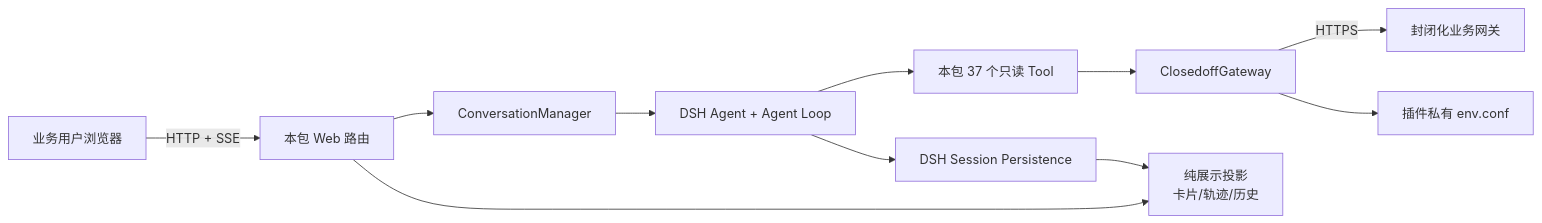
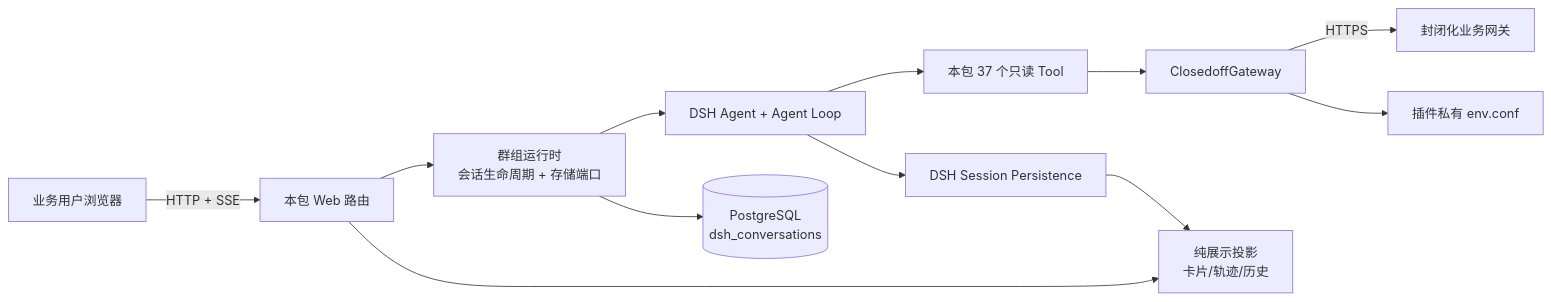
Before and after one commit to PelyDeng/dsh-plugin-manager: the diagram in plugins/external/dsh-agents-group/agents/closedoff/README.md, drawn with Mermaid. The commit also changed other lines of this file and 23 other files, not shown here.

````diff
--- a/plugins/external/dsh-agents-group/agents/closedoff/README.md
+++ b/plugins/external/dsh-agents-group/agents/closedoff/README.md
@@ -81,13 +82,14 @@
 ```mermaid
 flowchart LR
   U[业务用户浏览器] -->|HTTP + SSE| W[本包 Web 路由]
-  W --> M[ConversationManager]
+  W --> M[群组运行时<br/>会话生命周期 + 存储端口]
   M --> A[DSH Agent + Agent Loop]
   A --> T[本包 37 个只读 Tool]
   T --> G[ClosedoffGateway]
   G -->|HTTPS| B[封闭化业务网关]
   A --> S[DSH Session Persistence]
+  M --> D[(PostgreSQL<br/>dsh_conversations)]
   G --> C[插件私有 env.conf]
   W --> P[纯展示投影<br/>卡片/轨迹/历史]
   S --> P
 ```
````
